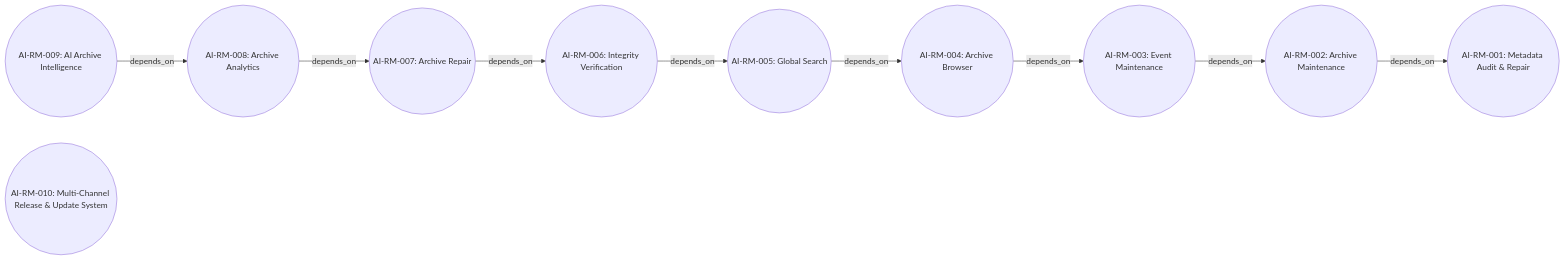
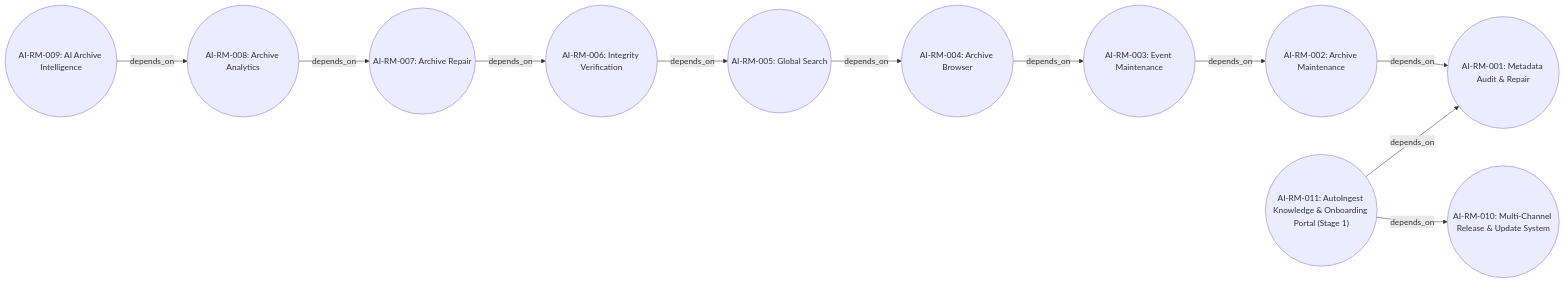
The first of 8 diagrams in docs/product/generated/dependency-graph.md (murtazakhazanchi-ops/autoingest-releases), drawn with Mermaid before and after one commit. The commit also changed other lines of this file and 47 other files, not shown here.

````diff
--- a/docs/product/generated/dependency-graph.md
+++ b/docs/product/generated/dependency-graph.md
@@ -11,22 +11,25 @@
 ```mermaid
 flowchart LR
   %% Roadmap milestone relationships
   AI_RM_001(("AI-RM-001: Metadata Audit & Repair"))
   AI_RM_002(("AI-RM-002: Archive Maintenance"))
   AI_RM_003(("AI-RM-003: Event Maintenance"))
   AI_RM_004(("AI-RM-004: Archive Browser"))
   AI_RM_005(("AI-RM-005: Global Search"))
   AI_RM_006(("AI-RM-006: Integrity Verification"))
   AI_RM_007(("AI-RM-007: Archive Repair"))
   AI_RM_008(("AI-RM-008: Archive Analytics"))
   AI_RM_009(("AI-RM-009: AI Archive Intelligence"))
   AI_RM_010(("AI-RM-010: Multi-Channel Release & Update System"))
+  AI_RM_011(("AI-RM-011: AutoIngest Knowledge & Onboarding Portal (Stage 1)"))
   AI_RM_002 -->|depends_on| AI_RM_001
   AI_RM_003 -->|depends_on| AI_RM_002
   AI_RM_004 -->|depends_on| AI_RM_003
   AI_RM_005 -->|depends_on| AI_RM_004
   AI_RM_006 -->|depends_on| AI_RM_005
   AI_RM_007 -->|depends_on| AI_RM_006
   AI_RM_008 -->|depends_on| AI_RM_007
   AI_RM_009 -->|depends_on| AI_RM_008
+  AI_RM_011 -->|depends_on| AI_RM_001
+  AI_RM_011 -->|depends_on| AI_RM_010
 ```
````
